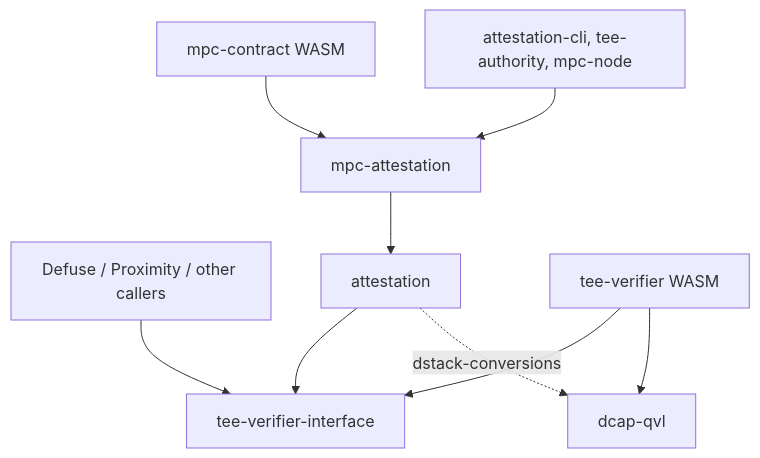
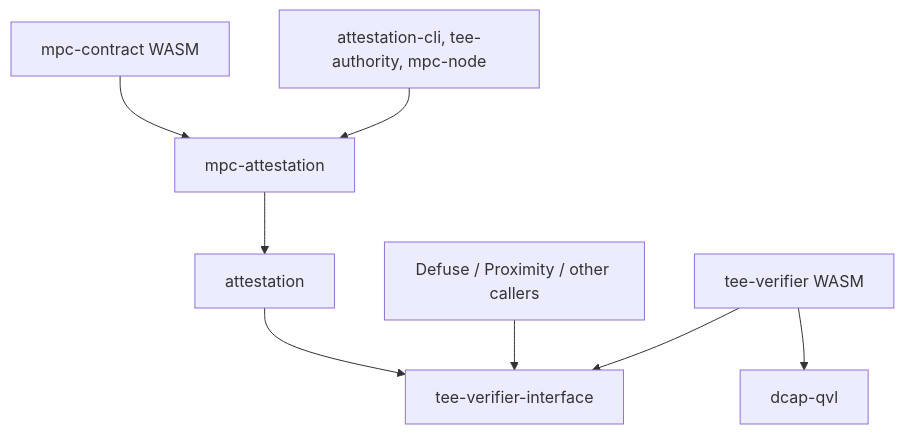
Before and after one commit to near/mpc: the fifth of 5 diagrams in docs/design/attestation-verifier-contract.md, drawn with Mermaid. The commit also changed other lines of this file, not shown here.

````diff
--- a/docs/design/attestation-verifier-contract.md
+++ b/docs/design/attestation-verifier-contract.md
@@ -159,23 +163,22 @@
 ```mermaid
 flowchart TD
     MPCC[mpc-contract WASM]
     EXT[Defuse / Proximity / other callers]
     CLI[attestation-cli, tee-authority, mpc-node]
 
     MPCA[mpc-attestation]
     ATT[attestation]
     VER[tee-verifier WASM]
 
     TVI[tee-verifier-interface]
     DCAP[dcap-qvl]
 
     MPCC --> MPCA
     CLI --> MPCA
     MPCA --> ATT
     ATT --> TVI
-    ATT -. dstack-conversions .-> DCAP
 
     EXT --> TVI
     VER --> TVI
     VER --> DCAP
 ```
````
